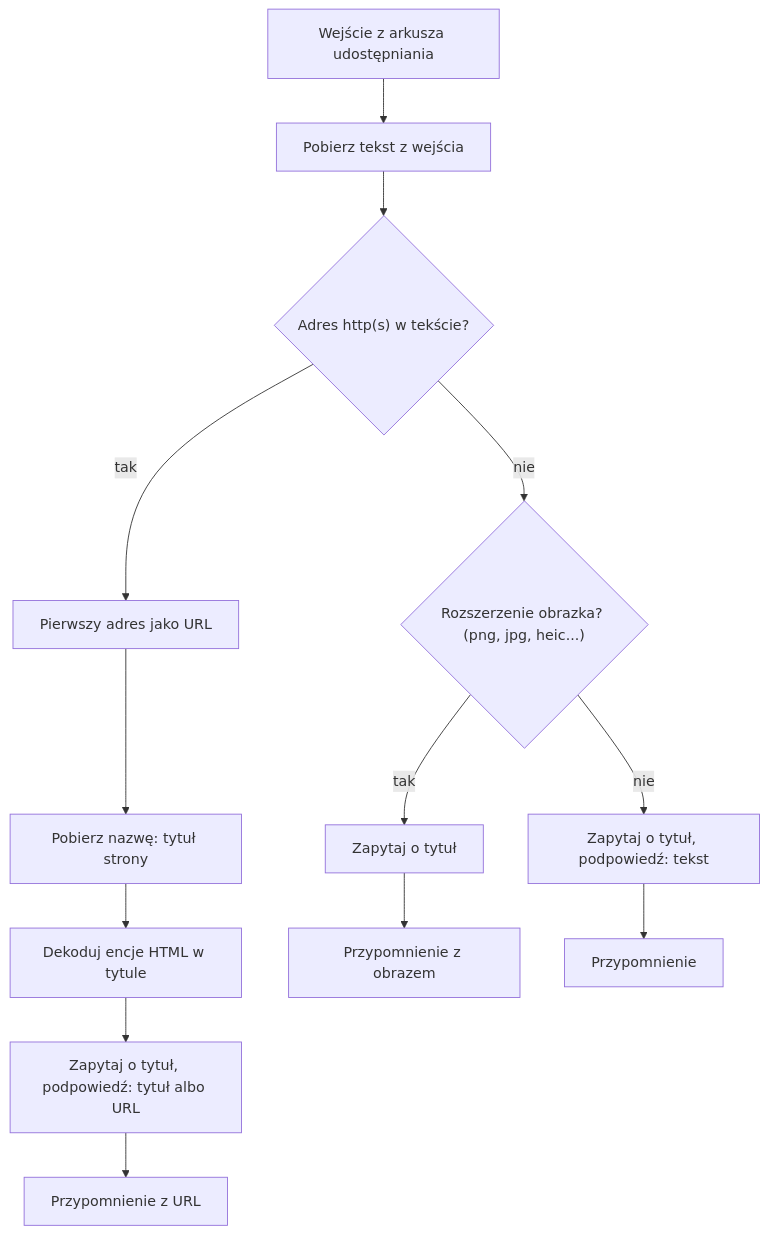
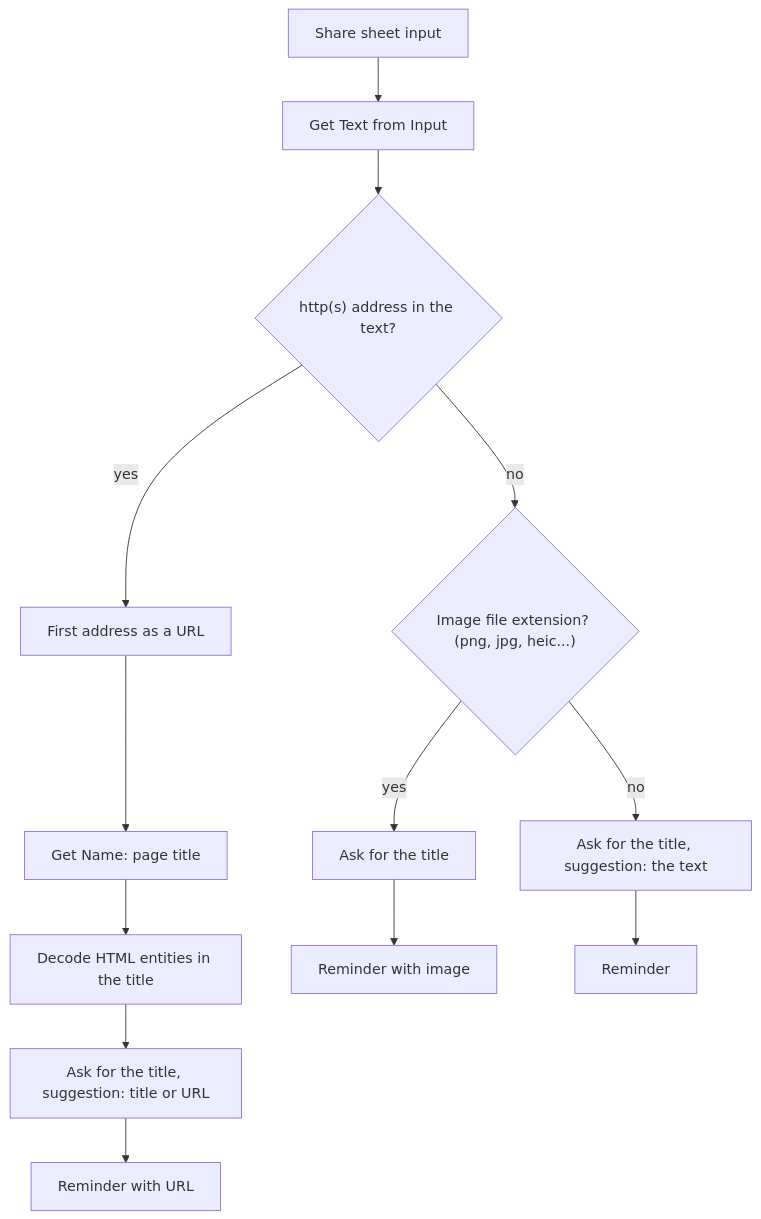
Before and after one commit to odwrotnie/na-dzis: the diagram in README.md, drawn with Mermaid. The commit also changed other lines of this file, not shown here.

Commit message:
README po angielsku, repo przemianowane na share-to-reminders

````diff
--- a/README.md
+++ b/README.md
@@ -40,13 +40,13 @@
 ```mermaid
 flowchart TD
-    W["Wejście z arkusza udostępniania"] --> T["Pobierz tekst z wejścia"]
-    T --> A{"Adres http(s) w tekście?"}
-    A -- tak --> L1["Pierwszy adres jako URL"]
-    L1 --> L2["Pobierz nazwę: tytuł strony"]
-    L2 --> L3["Dekoduj encje HTML w tytule"]
-    L3 --> L4["Zapytaj o tytuł, podpowiedź: tytuł albo URL"]
-    L4 --> P1["Przypomnienie z URL"]
-    A -- nie --> O{"Rozszerzenie obrazka? (png, jpg, heic...)"}
-    O -- tak --> O1["Zapytaj o tytuł"] --> P2["Przypomnienie z obrazem"]
-    O -- nie --> X1["Zapytaj o tytuł, podpowiedź: tekst"] --> P3["Przypomnienie"]
+    W["Share sheet input"] --> T["Get Text from Input"]
+    T --> A{"http(s) address in the text?"}
+    A -- yes --> L1["First address as a URL"]
+    L1 --> L2["Get Name: page title"]
+    L2 --> L3["Decode HTML entities in the title"]
+    L3 --> L4["Ask for the title, suggestion: title or URL"]
+    L4 --> P1["Reminder with URL"]
+    A -- no --> O{"Image file extension? (png, jpg, heic...)"}
+    O -- yes --> O1["Ask for the title"] --> P2["Reminder with image"]
+    O -- no --> X1["Ask for the title, suggestion: the text"] --> P3["Reminder"]
 ```
````
